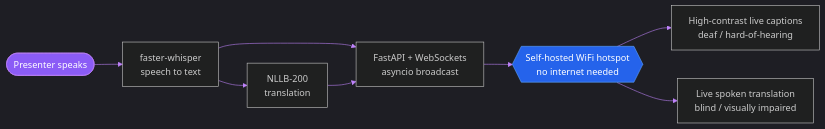
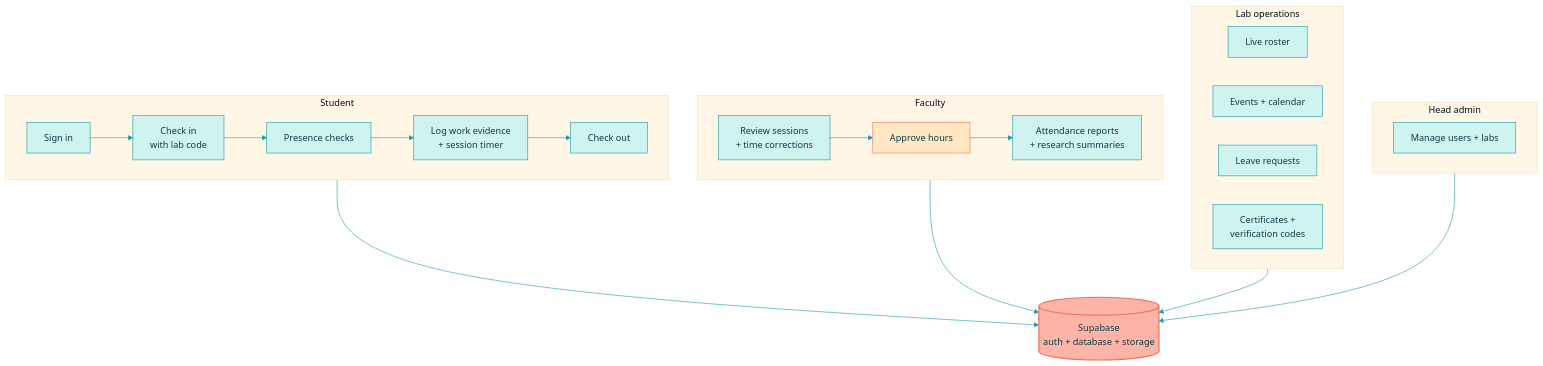
Before and after one commit to khushi-070906/khushi-070906: the second of 5 diagrams in README.md, drawn with Mermaid. The commit also changed other lines of this file and 14 other files, not shown here.

````diff
--- a/README.md
+++ b/README.md
@@ -53,13 +51,29 @@
 ```mermaid
-%%{init: {'theme':'dark','themeVariables':{'primaryColor':'#4A00E0','primaryTextColor':'#ffffff','primaryBorderColor':'#8B5CF6','lineColor':'#C084FC','fontFamily':'monospace'}}}%%
-flowchart LR
-    A(["Presenter speaks"]) --> B["faster-whisper<br/>speech to text"]
-    B --> C["NLLB-200<br/>translation"]
-    B --> D["FastAPI + WebSockets<br/>asyncio broadcast"]
-    C --> D
-    D --> E{{"Self-hosted WiFi hotspot<br/>no internet needed"}}
-    E --> F["High-contrast live captions<br/>deaf / hard-of-hearing"]
-    E --> G["Live spoken translation<br/>blind / visually impaired"]
-    style A fill:#8B5CF6,stroke:#C084FC,color:#fff
-    style E fill:#2563EB,stroke:#60A5FA,color:#fff
+%%{init: {'theme':'base','themeVariables':{'primaryColor':'#CFF3EE','primaryTextColor':'#0B3C49','primaryBorderColor':'#0E9AA7','lineColor':'#0E9AA7','secondaryColor':'#FFE8C2','tertiaryColor':'#FFF6E5','fontFamily':'monospace'}}}%%
+flowchart TB
+    subgraph STU["Student"]
+        direction LR
+        s1["Sign in"] --> s2["Check in<br/>with lab code"] --> s3["Presence checks"] --> s4["Log work evidence<br/>+ session timer"] --> s5["Check out"]
+    end
+    subgraph FAC["Faculty"]
+        direction LR
+        f1["Review sessions<br/>+ time corrections"] --> f2["Approve hours"] --> f3["Attendance reports<br/>+ research summaries"]
+    end
+    subgraph OPS["Lab operations"]
+        direction LR
+        o1["Live roster"]
+        o2["Events + calendar"]
+        o3["Leave requests"]
+        o4["Certificates +<br/>verification codes"]
+    end
+    subgraph ADM["Head admin"]
+        a1["Manage users + labs"]
+    end
+    STU --> DB
+    FAC --> DB
+    OPS --> DB
+    ADM --> DB
+    DB[("Supabase<br/>auth + database + storage")]
+    style DB fill:#FFB4A8,stroke:#F2705E,color:#0B3C49,stroke-width:2px
+    style f2 fill:#FFE8C2,stroke:#F2705E,color:#0B3C49
 ```
````
